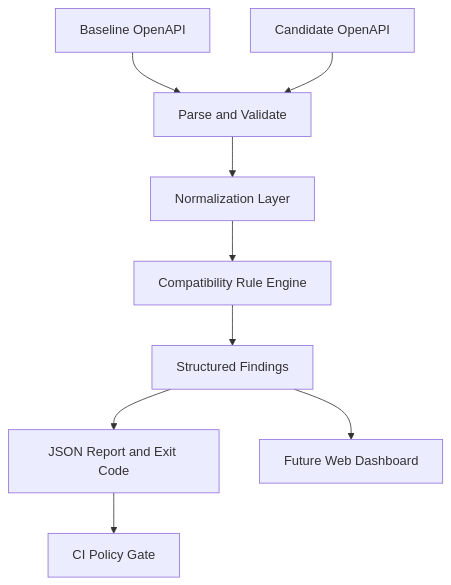
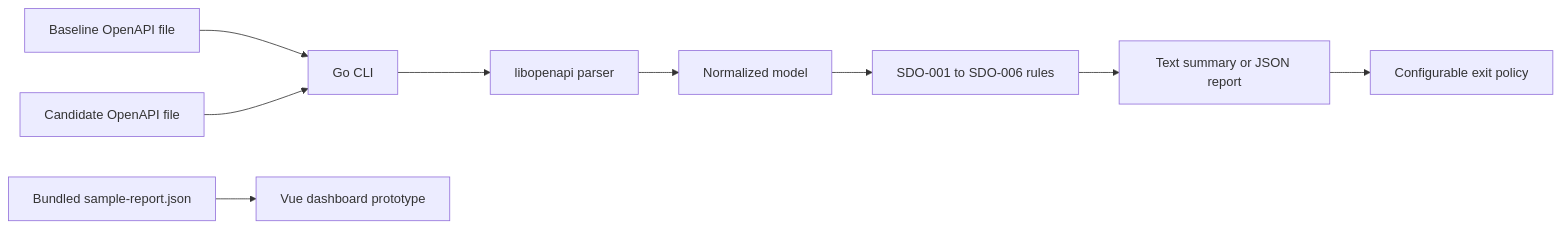
One commit to tracolerd/schema-drift-observatory changed the diagram in README.md. Above: the diagram before and after it, drawn with Mermaid. The commit also changed other lines of this file, not shown here.

```diff
--- a/README.md
+++ b/README.md
@@ -47,11 +51,11 @@
 ~~~mermaid
-flowchart TD
-    A[Baseline OpenAPI] --> C[Parse and Validate]
-    B[Candidate OpenAPI] --> C
-    C --> D[Normalization Layer]
-    D --> E[Compatibility Rule Engine]
-    E --> F[Structured Findings]
-    F --> G[JSON Report and Exit Code]
-    F --> H[Future Web Dashboard]
-    G --> I[CI Policy Gate]
+flowchart LR
+    A[Baseline OpenAPI file] --> C[Go CLI]
+    B[Candidate OpenAPI file] --> C
+    C --> D[libopenapi parser]
+    D --> E[Normalized model]
+    E --> F[SDO-001 to SDO-006 rules]
+    F --> G[Text summary or JSON report]
+    G --> H[Configurable exit policy]
+    I[Bundled sample-report.json] --> J[Vue dashboard prototype]
 ~~~
```
